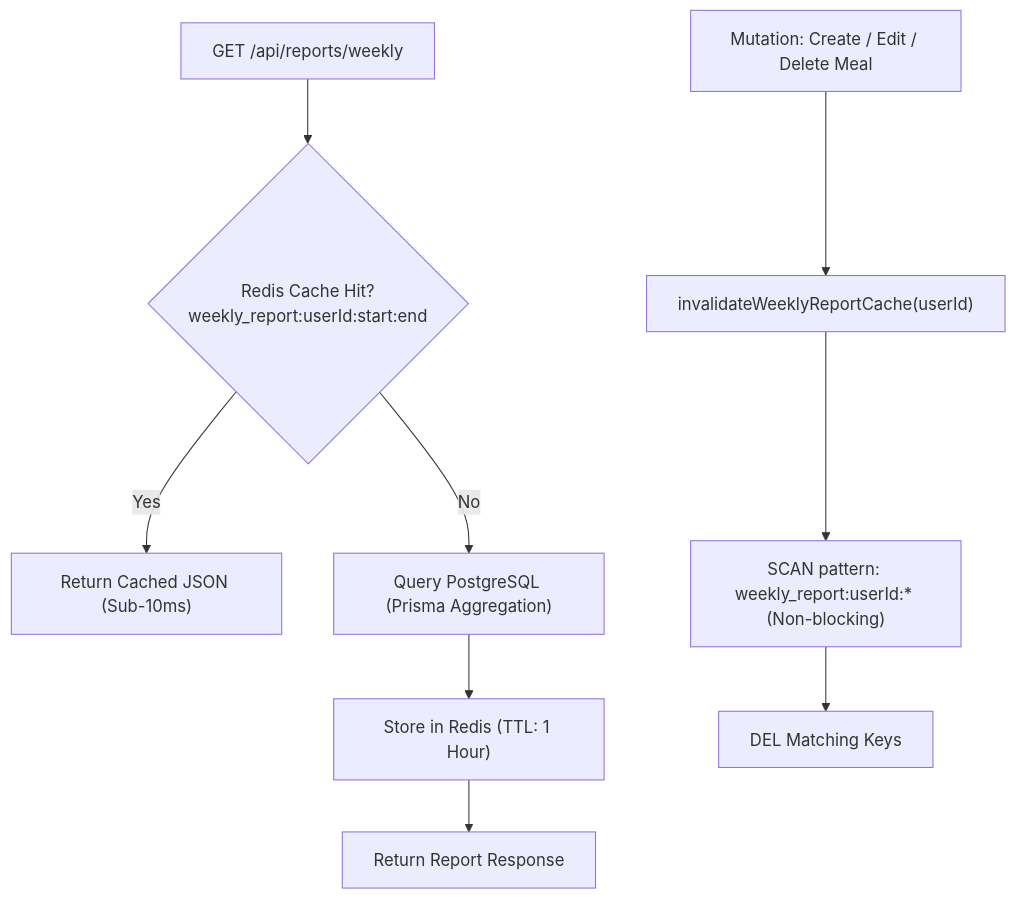
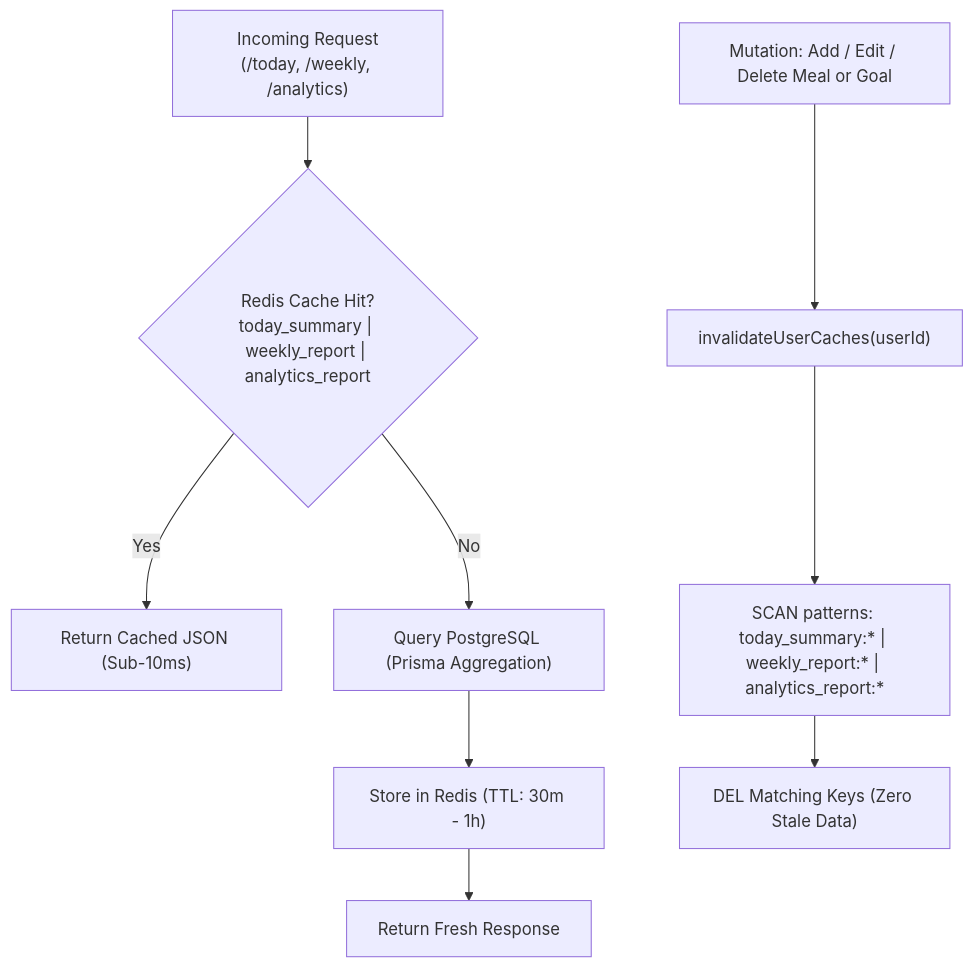
The fourth of 5 diagrams in README.md (sauraviiitk/-calorie-tracker-), drawn with Mermaid before and after one commit. The commit also changed other lines of this file and 9 other files, not shown here.

Commit message:
Cache the analytical data in redis

````diff
--- a/README.md
+++ b/README.md
@@ -264,12 +266,12 @@
 ```mermaid
 flowchart TD
-    Req["GET /api/reports/weekly"] --> CheckCache{"Redis Cache Hit?<br/>weekly_report:userId:start:end"}
+    Req["Incoming Request<br/>(/today, /weekly, /analytics)"] --> CheckCache{"Redis Cache Hit?<br/>today_summary | weekly_report | analytics_report"}
     CheckCache -- Yes --> ReturnCache["Return Cached JSON (Sub-10ms)"]
     CheckCache -- No --> QueryDB["Query PostgreSQL (Prisma Aggregation)"]
-    QueryDB --> StoreCache["Store in Redis (TTL: 1 Hour)"]
-    StoreCache --> ReturnDB["Return Report Response"]
+    QueryDB --> StoreCache["Store in Redis (TTL: 30m - 1h)"]
+    StoreCache --> ReturnDB["Return Fresh Response"]
 
-    Mutation["Mutation: Create / Edit / Delete Meal"] --> Invalidate["invalidateWeeklyReportCache(userId)"]
-    Invalidate --> Scan["SCAN pattern: weekly_report:userId:* (Non-blocking)"]
-    Scan --> DeleteKeys["DEL Matching Keys"]
+    Mutation["Mutation: Add / Edit / Delete Meal or Goal"] --> Invalidate["invalidateUserCaches(userId)"]
+    Invalidate --> Scan["SCAN patterns: today_summary:* | weekly_report:* | analytics_report:*"]
+    Scan --> DeleteKeys["DEL Matching Keys (Zero Stale Data)"]
 ```
````
